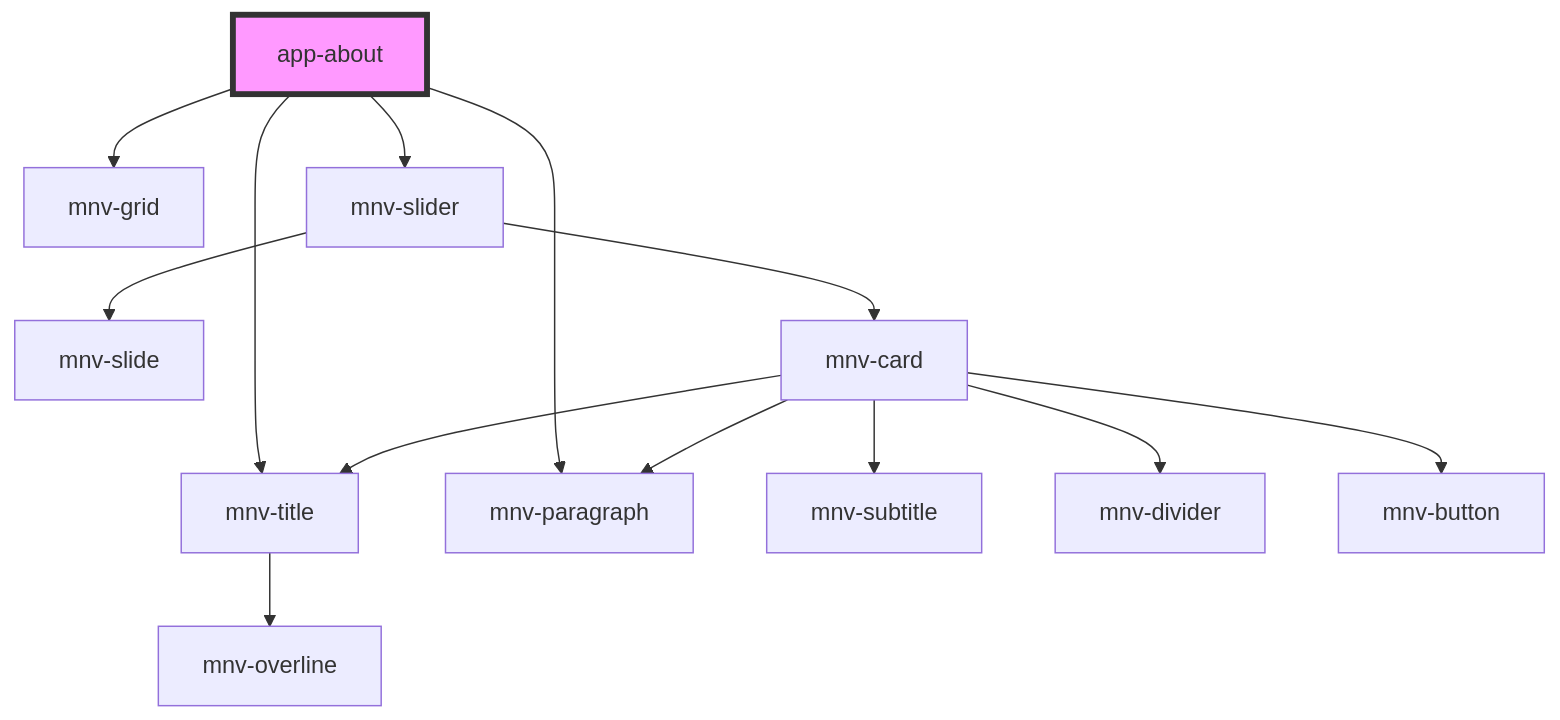
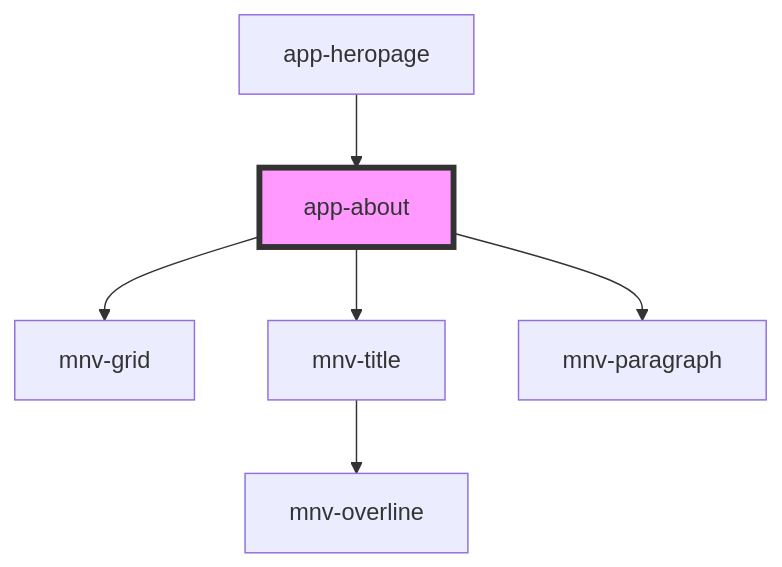
The diagram in src/components/sections/app-about/readme.md (rafaela-vairo/ufrj-sustainable), drawn with Mermaid before and after one commit. The commit also changed other lines of this file and 27 other files, not shown here.

````diff
--- a/src/components/sections/app-about/readme.md
+++ b/src/components/sections/app-about/readme.md
@@ -27,16 +30,9 @@
 ```mermaid
 graph TD;
   app-about --> mnv-grid
   app-about --> mnv-title
   app-about --> mnv-paragraph
-  app-about --> mnv-slider
   mnv-title --> mnv-overline
-  mnv-slider --> mnv-slide
-  mnv-slider --> mnv-card
-  mnv-card --> mnv-title
-  mnv-card --> mnv-subtitle
-  mnv-card --> mnv-divider
-  mnv-card --> mnv-paragraph
-  mnv-card --> mnv-button
+  app-heropage --> app-about
   style app-about fill:#f9f,stroke:#333,stroke-width:4px
 ```
````
